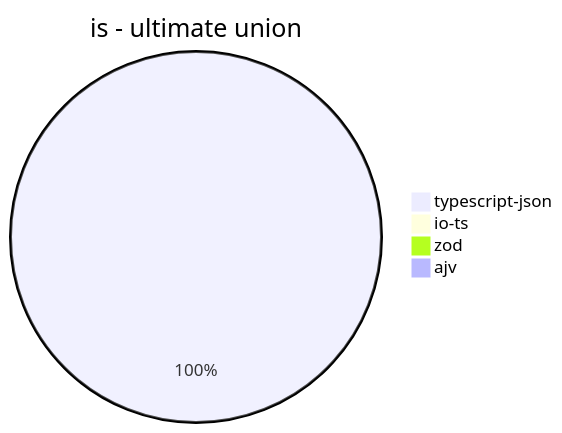
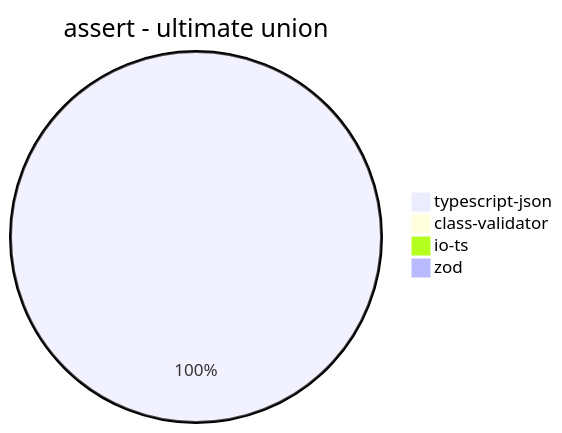
Diagram 16 of 40 in benchmark/results/AMD Ryzen 9 5900HX with Radeon Graphics.md (samchon/typia), drawn with Mermaid before and after one commit. The commit also changed other lines of this file and 2 other files, not shown here.

````diff
--- a/benchmark/results/AMD Ryzen 9 5900HX with Radeon Graphics.md
+++ b/benchmark/results/AMD Ryzen 9 5900HX with Radeon Graphics.md
@@ -165,7 +181,7 @@
 ```mermaid
-pie title is - ultimate union
-  "typescript-json": 679.5805935667319
+pie title assert - ultimate union
+  "typescript-json": 293.9232605103727
+  "class-validator": 0
   "io-ts": 0
   "zod": 0
-  "ajv": 0
 ```
````
